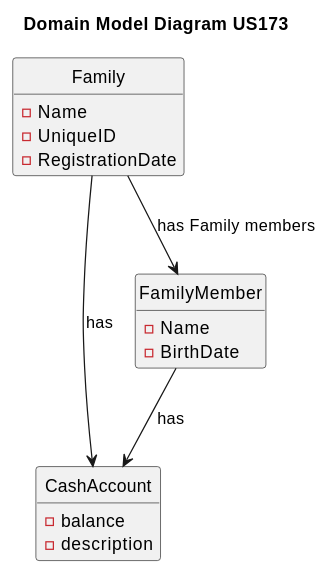
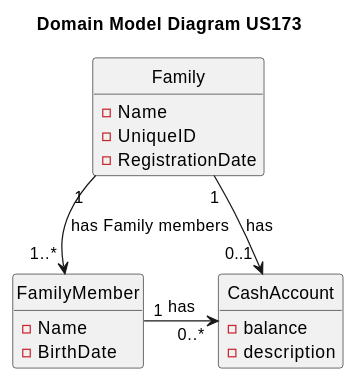
Before and after one commit to tomas-osswald/switch_2020_g3: the second of 7 diagrams in docs/sprint2/user_stories/US135_CheckFamilyOrFamilyMemberCashAccountBalance.md, drawn with PlantUML. The commit also changed other lines of this file and 2 other files, not shown here.

````diff
--- a/docs/sprint2/user_stories/US135_CheckFamilyOrFamilyMemberCashAccountBalance.md
+++ b/docs/sprint2/user_stories/US135_CheckFamilyOrFamilyMemberCashAccountBalance.md
@@ -83,26 +83,26 @@
 ```puml
 hide empty members
 hide circle
 title Domain Model Diagram US173
 
 class Family {
 - Name
 - UniqueID
 - RegistrationDate
 
 }
 
 class FamilyMember {
 - Name
 - BirthDate
 }
 
 class CashAccount {
 - balance
 - description
 }
 
-Family -down-> FamilyMember : has Family members
-FamilyMember -down-> CashAccount  : has
-Family -> CashAccount : has
+Family "1" -down-> "1..* " FamilyMember : has Family members
+FamilyMember "1" -> "0..* " CashAccount  : has
+Family "1" -> "0..1 " CashAccount : has
 ```
````
